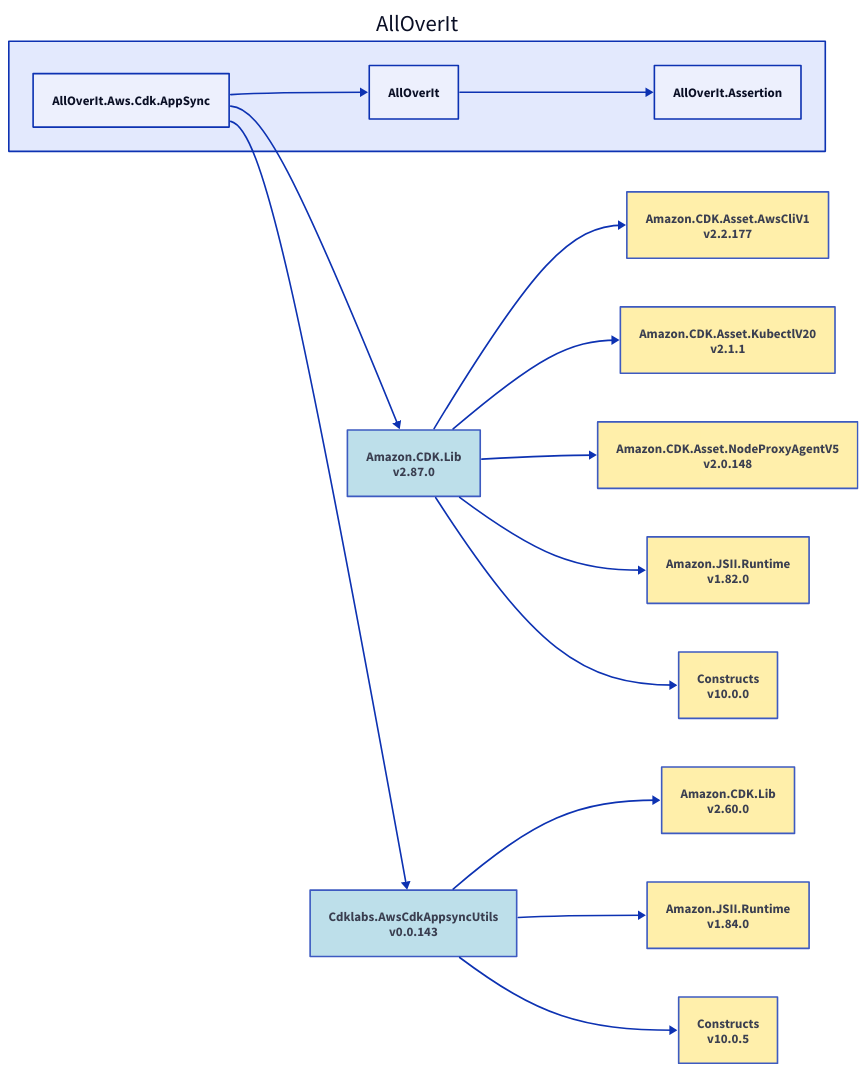
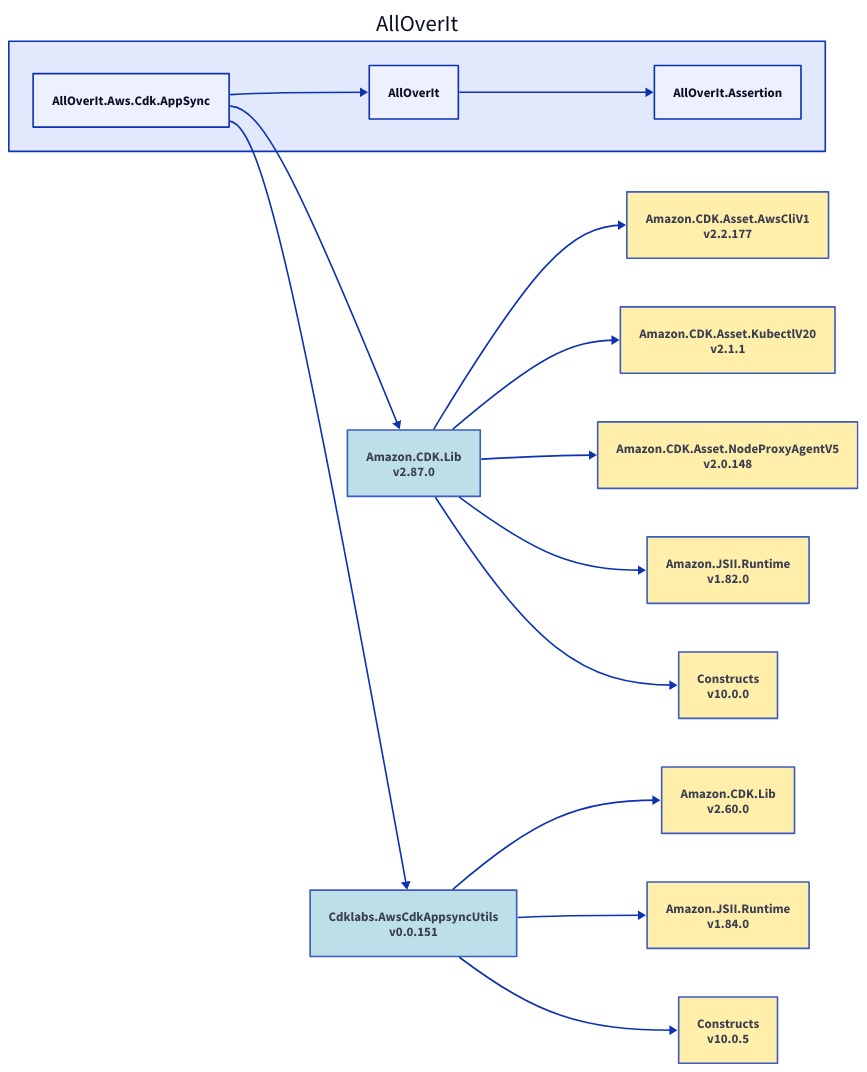
One commit to nickathone/AllOverIt changed the diagram in Docs/Dependencies/alloverit-aws-cdk-appsync.d2. Above: the diagram before and after it, drawn with D2. The commit also changed 12 other files, not shown here.

Commit message:
Diagram updates

```diff
--- a/Docs/Dependencies/alloverit-aws-cdk-appsync.d2
+++ b/Docs/Dependencies/alloverit-aws-cdk-appsync.d2
@@ -1,48 +1,48 @@
 direction: right
 
 aoi: AllOverIt
 aoi.alloverit-aws-cdk-appsync: AllOverIt.Aws.Cdk.AppSync
 amazon-cdk-lib_2-87-0: Amazon.CDK.Lib\nv2.87.0
 amazon-cdk-lib_2-87-0.style.fill: "#ADD8E6"
 amazon-cdk-lib_2-87-0.style.opacity: 0.8
 amazon-cdk-asset-awscliv1_2-2-177: Amazon.CDK.Asset.AwsCliV1\nv2.2.177
 amazon-cdk-asset-awscliv1_2-2-177.style.fill: "#FFEC96"
 amazon-cdk-asset-awscliv1_2-2-177.style.opacity: 0.8
 amazon-cdk-asset-awscliv1_2-2-177 <- amazon-cdk-lib_2-87-0
 amazon-cdk-asset-kubectlv20_2-1-1: Amazon.CDK.Asset.KubectlV20\nv2.1.1
 amazon-cdk-asset-kubectlv20_2-1-1.style.fill: "#FFEC96"
 amazon-cdk-asset-kubectlv20_2-1-1.style.opacity: 0.8
 amazon-cdk-asset-kubectlv20_2-1-1 <- amazon-cdk-lib_2-87-0
 amazon-cdk-asset-nodeproxyagentv5_2-0-148: Amazon.CDK.Asset.NodeProxyAgentV5\nv2.0.148
 amazon-cdk-asset-nodeproxyagentv5_2-0-148.style.fill: "#FFEC96"
 amazon-cdk-asset-nodeproxyagentv5_2-0-148.style.opacity: 0.8
 amazon-cdk-asset-nodeproxyagentv5_2-0-148 <- amazon-cdk-lib_2-87-0
 amazon-jsii-runtime_1-82-0: Amazon.JSII.Runtime\nv1.82.0
 amazon-jsii-runtime_1-82-0.style.fill: "#FFEC96"
 amazon-jsii-runtime_1-82-0.style.opacity: 0.8
 amazon-jsii-runtime_1-82-0 <- amazon-cdk-lib_2-87-0
 constructs_10-0-0: Constructs\nv10.0.0
 constructs_10-0-0.style.fill: "#FFEC96"
 constructs_10-0-0.style.opacity: 0.8
 constructs_10-0-0 <- amazon-cdk-lib_2-87-0
 amazon-cdk-lib_2-87-0 <- aoi.alloverit-aws-cdk-appsync
-cdklabs-awscdkappsyncutils_0-0-143: Cdklabs.AwsCdkAppsyncUtils\nv0.0.143
-cdklabs-awscdkappsyncutils_0-0-143.style.fill: "#ADD8E6"
-cdklabs-awscdkappsyncutils_0-0-143.style.opacity: 0.8
+cdklabs-awscdkappsyncutils_0-0-151: Cdklabs.AwsCdkAppsyncUtils\nv0.0.151
+cdklabs-awscdkappsyncutils_0-0-151.style.fill: "#ADD8E6"
+cdklabs-awscdkappsyncutils_0-0-151.style.opacity: 0.8
 amazon-cdk-lib_2-60-0: Amazon.CDK.Lib\nv2.60.0
 amazon-cdk-lib_2-60-0.style.fill: "#FFEC96"
 amazon-cdk-lib_2-60-0.style.opacity: 0.8
-amazon-cdk-lib_2-60-0 <- cdklabs-awscdkappsyncutils_0-0-143
+amazon-cdk-lib_2-60-0 <- cdklabs-awscdkappsyncutils_0-0-151
 amazon-jsii-runtime_1-84-0: Amazon.JSII.Runtime\nv1.84.0
 amazon-jsii-runtime_1-84-0.style.fill: "#FFEC96"
 amazon-jsii-runtime_1-84-0.style.opacity: 0.8
-amazon-jsii-runtime_1-84-0 <- cdklabs-awscdkappsyncutils_0-0-143
+amazon-jsii-runtime_1-84-0 <- cdklabs-awscdkappsyncutils_0-0-151
 constructs_10-0-5: Constructs\nv10.0.5
 constructs_10-0-5.style.fill: "#FFEC96"
 constructs_10-0-5.style.opacity: 0.8
-constructs_10-0-5 <- cdklabs-awscdkappsyncutils_0-0-143
-cdklabs-awscdkappsyncutils_0-0-143 <- aoi.alloverit-aws-cdk-appsync
+constructs_10-0-5 <- cdklabs-awscdkappsyncutils_0-0-151
+cdklabs-awscdkappsyncutils_0-0-151 <- aoi.alloverit-aws-cdk-appsync
 aoi.alloverit: AllOverIt
 aoi.alloverit-assertion: AllOverIt.Assertion
 aoi.alloverit-assertion <- aoi.alloverit
 aoi.alloverit <- aoi.alloverit-aws-cdk-appsync
```
